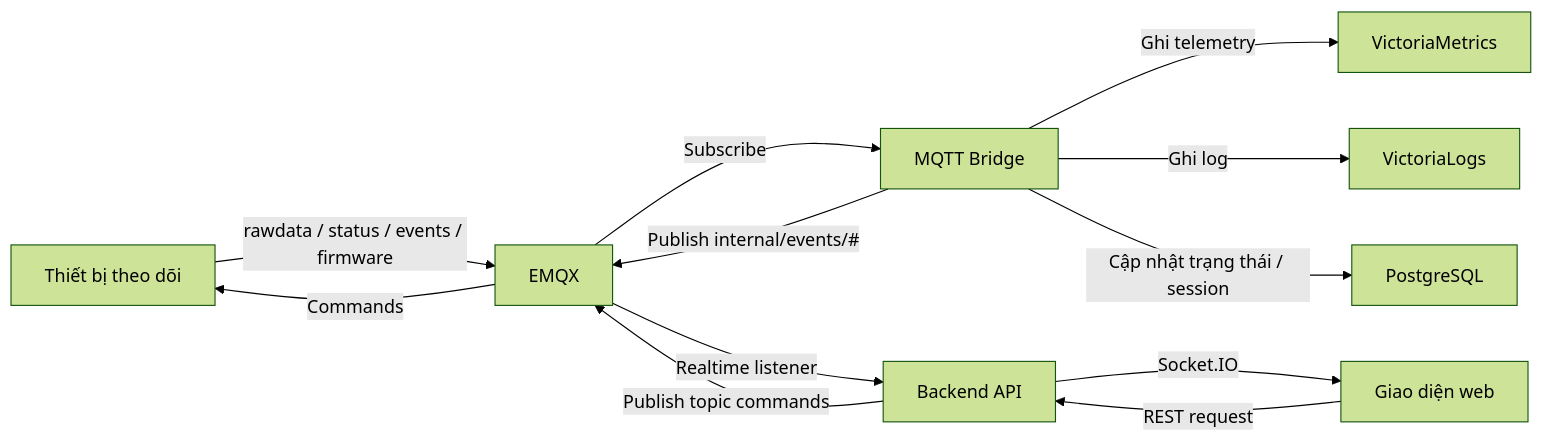
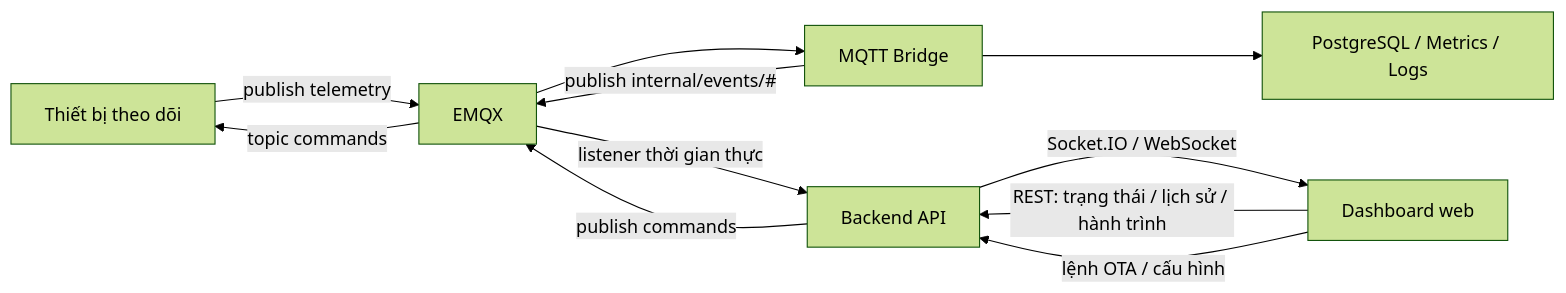
One commit to anmh1205/IoT_Vehicle_Tracking_System changed the diagram in resources/reports/thesis/final/assets/uml/05-chuong-3-giai-phap-backend-hinh-3-12a.mmd. Above: the diagram before and after it, drawn with Mermaid (forest theme). The commit also changed 784 other files, not shown here.

```diff
--- a/resources/reports/thesis/final/assets/uml/05-chuong-3-giai-phap-backend-hinh-3-12a.mmd
+++ b/resources/reports/thesis/final/assets/uml/05-chuong-3-giai-phap-backend-hinh-3-12a.mmd
@@ -1,12 +1,13 @@
 flowchart LR
-    Device["Thiết bị theo dõi"] -->|rawdata / status / events / firmware| Broker["EMQX"]
-    Broker -->|Subscribe| Bridge["MQTT Bridge"]
-    Bridge -->|Ghi telemetry| VictoriaMetricsNode["VictoriaMetrics"]
-    Bridge -->|Ghi log| VictoriaLogsNode["VictoriaLogs"]
-    Bridge -->|Cập nhật trạng thái / session| PostgreSQLNode["PostgreSQL"]
-    Bridge -->|Publish internal/events/#| Broker
-    Broker -->|Realtime listener| API["Backend API"]
-    Dash["Giao diện web"] -->|REST request| API
-    API -->|Socket.IO| Dash["Giao diện web"]
-    API -->|Publish topic commands| Broker
-    Broker -->|Commands| Device
+    Device["Thiết bị theo dõi"] -->|publish telemetry| Broker["EMQX"]
+    Broker --> Bridge["MQTT Bridge"]
+    Bridge --> Stores["PostgreSQL / Metrics / Logs"]
+    Bridge -->|publish internal/events/#| Broker
+
+    Dashboard["Dashboard web"] -->|REST: trạng thái / lịch sử / hành trình| API["Backend API"]
+    Broker -->|listener thời gian thực| API
+    API -->|Socket.IO / WebSocket| Dashboard
+
+    Dashboard -->|lệnh OTA / cấu hình| API
+    API -->|publish commands| Broker
+    Broker -->|topic commands| Device
```
